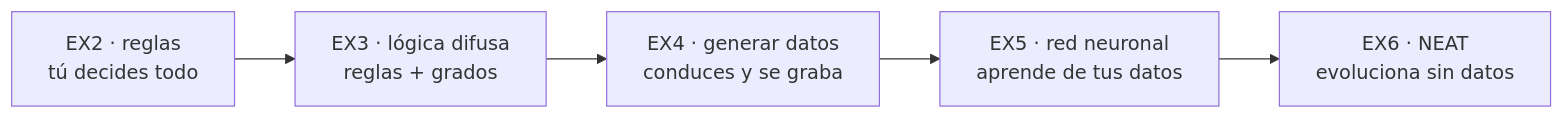
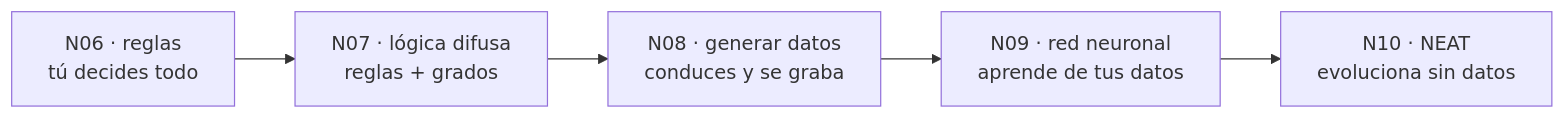
The fourth of 6 diagrams in docs/UD04/UD04_ES.md (martinezpenya/ModelosIA), drawn with Mermaid before and after one commit. The commit also changed other lines of this file and 68 other files, not shown here.

````diff
--- a/docs/UD04/UD04_ES.md
+++ b/docs/UD04/UD04_ES.md
@@ -640,7 +640,7 @@
 ```mermaid
 flowchart LR
-    A["EX2 · reglas<br/>tú decides todo"] --> B["EX3 · lógica difusa<br/>reglas + grados"]
-    B --> C["EX4 · generar datos<br/>conduces y se graba"]
-    C --> D["EX5 · red neuronal<br/>aprende de tus datos"]
-    D --> E["EX6 · NEAT<br/>evoluciona sin datos"]
+    A["N06 · reglas<br/>tú decides todo"] --> B["N07 · lógica difusa<br/>reglas + grados"]
+    B --> C["N08 · generar datos<br/>conduces y se graba"]
+    C --> D["N09 · red neuronal<br/>aprende de tus datos"]
+    D --> E["N10 · NEAT<br/>evoluciona sin datos"]
 ```
````
